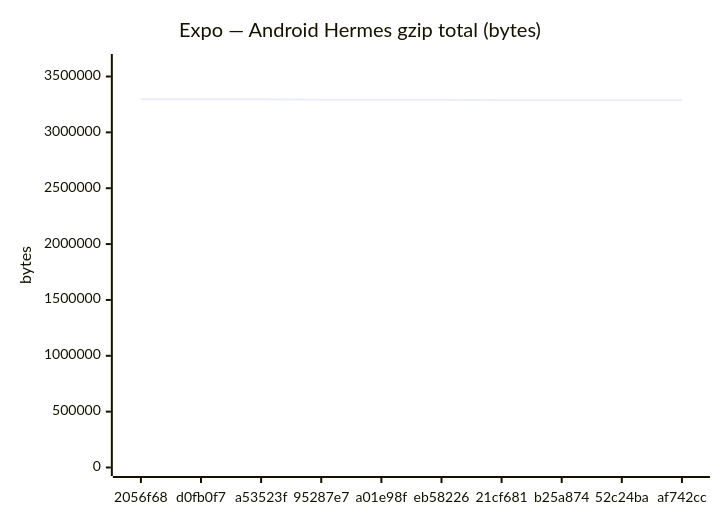
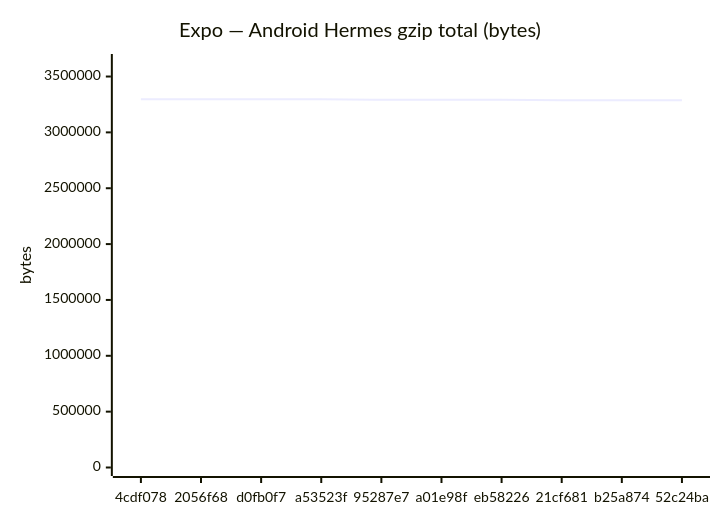
One commit to Metaheurist/Rianell changed the fifth of 18 diagrams in benchmarks/compare.md. Above: the diagram before and after it, drawn with Mermaid. The commit also changed other lines of this file and 11 other files, not shown here.

````diff
--- a/benchmarks/compare.md
+++ b/benchmarks/compare.md
@@ -89,7 +89,7 @@
 ```mermaid
 xychart-beta
     title "Expo — Android Hermes gzip total (bytes)"
-    x-axis ["2056f68", "d0fb0f7", "a53523f", "95287e7", "a01e98f", "eb58226", "21cf681", "b25a874", "52c24ba", "af742cc"]
-    y-axis "bytes" 0 --> 3625338
-    line [3295761, 3295758, 3295757, 3291461, 3291455, 3291464, 3287427, 3287424, 3287423, 3287424]
+    x-axis ["4cdf078", "2056f68", "d0fb0f7", "a53523f", "95287e7", "a01e98f", "eb58226", "21cf681", "b25a874", "52c24ba"]
+    y-axis "bytes" 0 --> 3625571
+    line [3295973, 3295761, 3295758, 3295757, 3291461, 3291455, 3291464, 3287427, 3287424, 3287423]
 ```
````
